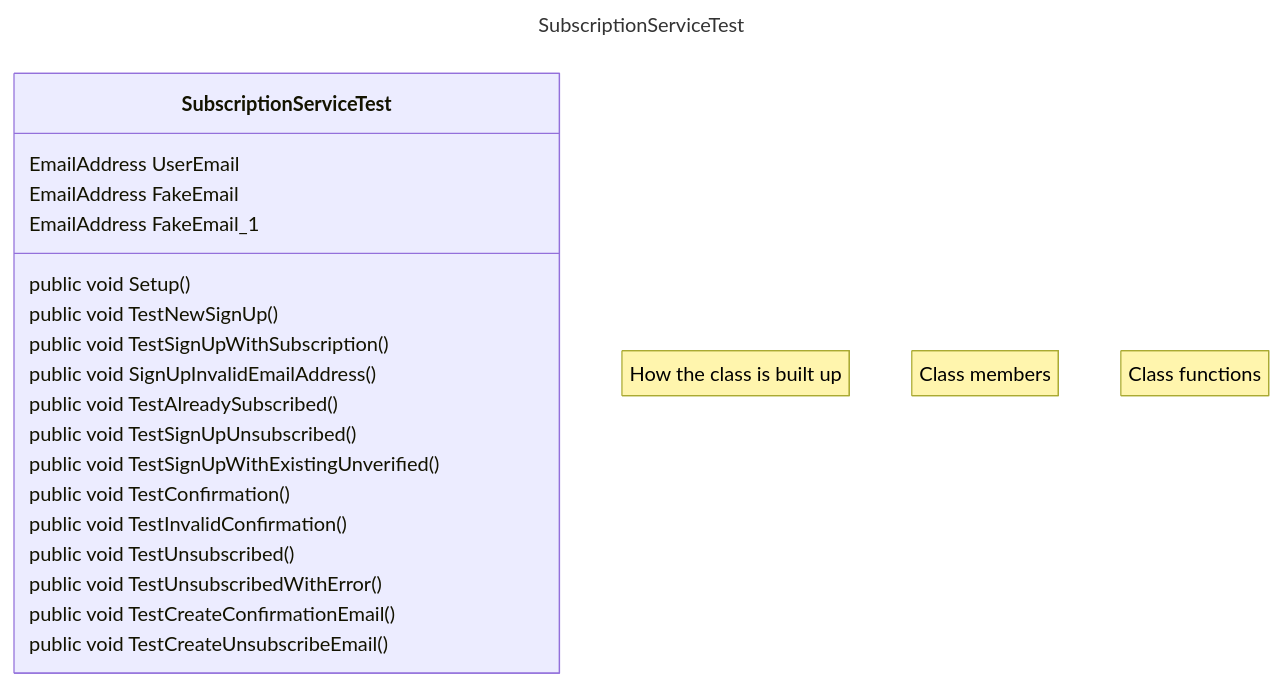
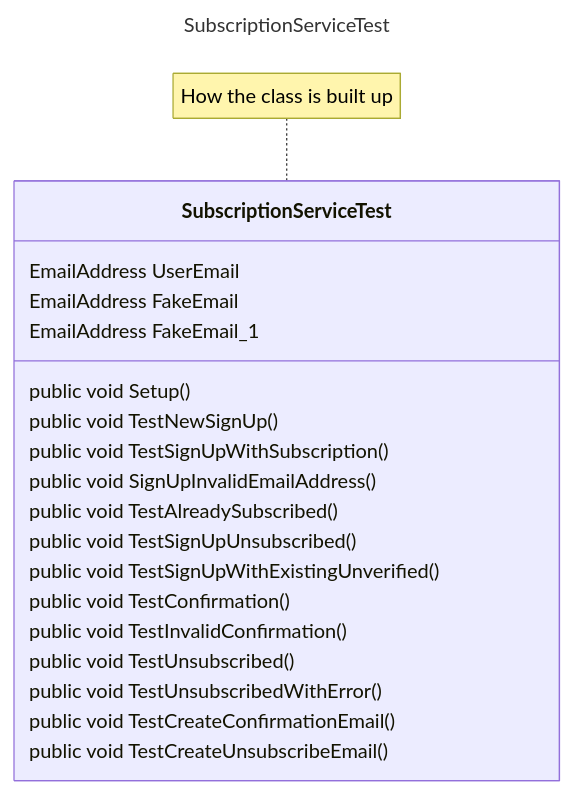
Before and after one commit to Emsaso/GetNews: the first of 11 diagrams in model/tests/test.md, drawn with Mermaid.

````diff
--- a/model/tests/test.md
+++ b/model/tests/test.md
@@ -5,28 +5,26 @@
 ```mermaid
 ---
 title: SubscriptionServiceTest
 ---
 classDiagram
-    note "How the class is built up"
+    note for SubscriptionServiceTest "How the class is built up"
     class SubscriptionServiceTest
-        note "Class members"
         SubscriptionServiceTest: EmailAddress UserEmail
         SubscriptionServiceTest: EmailAddress FakeEmail
         SubscriptionServiceTest: EmailAddress FakeEmail_1
-        
-        note "Class functions"
+
         SubscriptionServiceTest: public void Setup()
         SubscriptionServiceTest: public void TestNewSignUp()
         SubscriptionServiceTest: public void TestSignUpWithSubscription()
         SubscriptionServiceTest: public void SignUpInvalidEmailAddress()
         SubscriptionServiceTest: public void TestAlreadySubscribed()
         SubscriptionServiceTest: public void TestSignUpUnsubscribed()
         SubscriptionServiceTest: public void TestSignUpWithExistingUnverified()
         SubscriptionServiceTest: public void TestConfirmation()
         SubscriptionServiceTest: public void TestInvalidConfirmation()
         SubscriptionServiceTest: public void TestUnsubscribed()
         SubscriptionServiceTest: public void TestUnsubscribedWithError()
 
         SubscriptionServiceTest: public void TestCreateConfirmationEmail()
         SubscriptionServiceTest: public void TestCreateUnsubscribeEmail()
 ```
````
